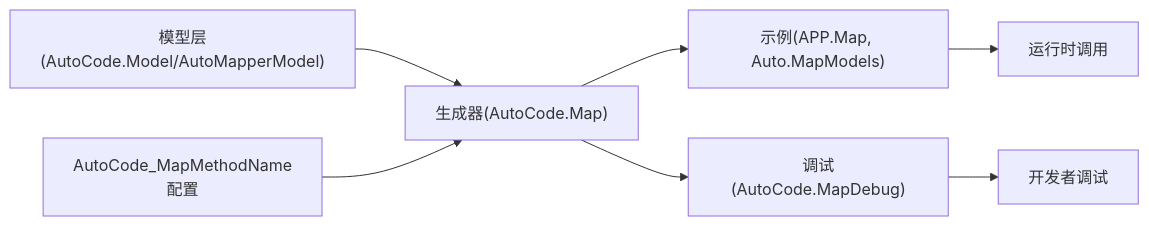
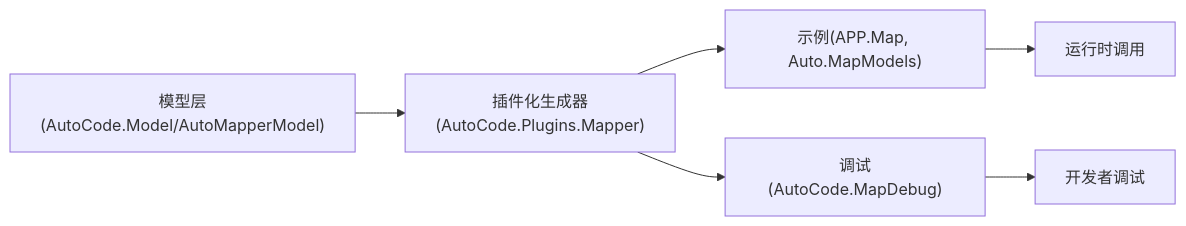
One commit to alivy/AutoCode changed the fourth of 4 diagrams in .qoder/repowiki/zh/content/映射框架/映射框架.md. Above: the diagram before and after it, drawn with Mermaid. The commit also changed other lines of this file and 279 other files, not shown here.

````diff
--- a/.qoder/repowiki/zh/content/映射框架/映射框架.md
+++ b/.qoder/repowiki/zh/content/映射框架/映射框架.md
@@ -325,9 +314,8 @@
 ```mermaid
 graph LR
-Model["模型层(AutoCode.Model/AutoMapperModel)"] --> Generator["生成器(AutoCode.Map)"]
-Generator --> Example["示例(APP.Map, Auto.MapModels)"]
-Generator --> Debug["调试(AutoCode.MapDebug)"]
+Model["模型层(AutoCode.Model/AutoMapperModel)"] --> Plugin["插件化生成器(AutoCode.Plugins.Mapper)"]
+Plugin --> Example["示例(APP.Map, Auto.MapModels)"]
+Plugin --> Debug["调试(AutoCode.MapDebug)"]
 Example --> Runtime["运行时调用"]
 Debug --> Developer["开发者调试"]
-Config["AutoCode_MapMethodName配置"] --> Generator
 ```
````
